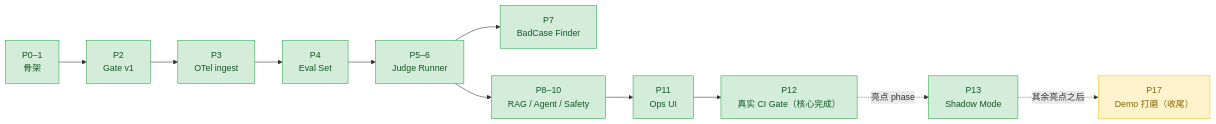
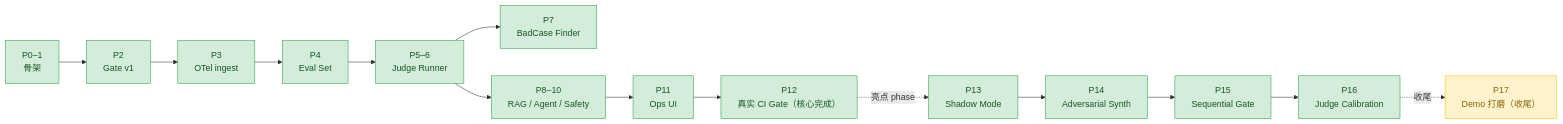
One commit to AndyUneducated/eval-gate changed the first of 2 diagrams in docs/ROADMAP.md. Above: the diagram before and after it, drawn with Mermaid. The commit also changed other lines of this file and 11 other files, not shown here.

````diff
--- a/docs/ROADMAP.md
+++ b/docs/ROADMAP.md
@@ -39,18 +41,21 @@
 ```mermaid
 flowchart LR
     P0["P0–1<br/>骨架"] --> P2["P2<br/>Gate v1"]
     P2 --> P3["P3<br/>OTel ingest"]
     P3 --> P4["P4<br/>Eval Set"]
     P4 --> P5["P5–6<br/>Judge Runner"]
     P5 --> P7["P7<br/>BadCase Finder"]
     P5 --> P8["P8–10<br/>RAG / Agent / Safety"]
     P8 --> P11["P11<br/>Ops UI"]
     P11 --> P12["P12<br/>真实 CI Gate（核心完成）"]
     P12 -.亮点 phase.-> P13["P13<br/>Shadow Mode"]
-    P13 -.其余亮点之后.-> P17["P17<br/>Demo 打磨（收尾）"]
+    P13 --> P14["P14<br/>Adversarial Synth"]
+    P14 --> P15["P15<br/>Sequential Gate"]
+    P15 --> P16["P16<br/>Judge Calibration"]
+    P16 -.收尾.-> P17["P17<br/>Demo 打磨（收尾）"]
 
     classDef done fill:#d4edda,stroke:#28a745,color:#155724;
     classDef todo fill:#fff3cd,stroke:#ffc107,color:#856404;
-    class P0,P2,P3,P4,P5,P7,P8,P11,P12,P13 done;
+    class P0,P2,P3,P4,P5,P7,P8,P11,P12,P13,P14,P15,P16 done;
     class P17 todo;
 ```
````
